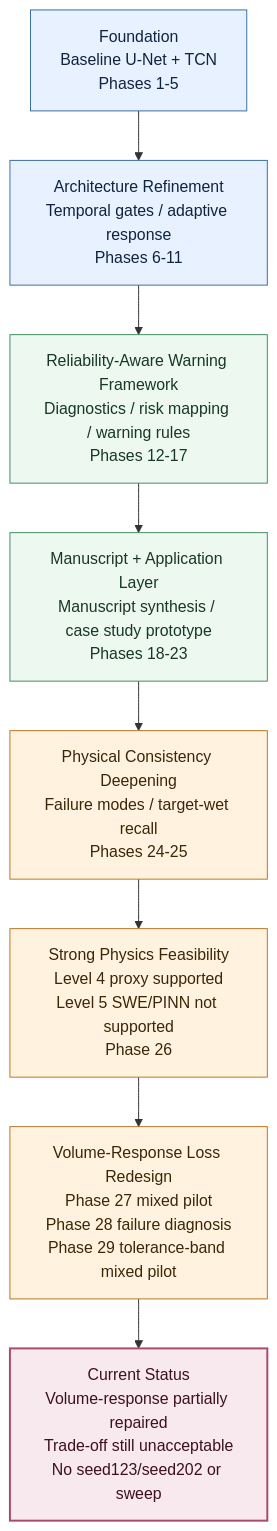
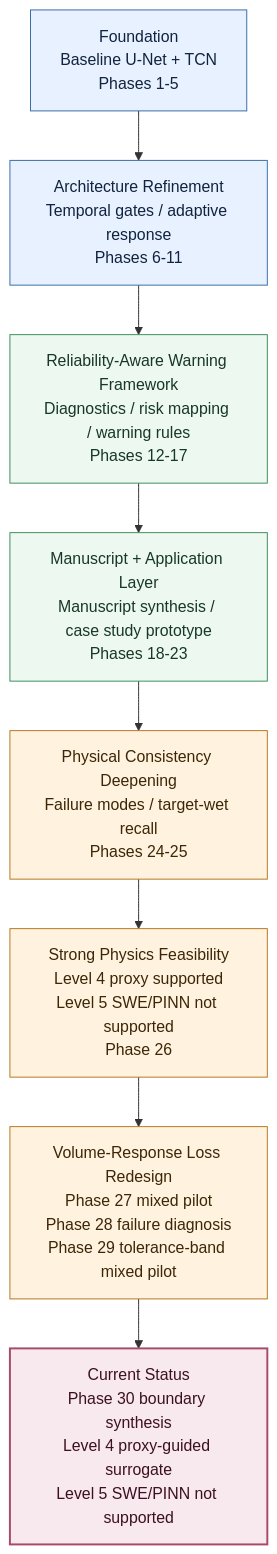
Before and after one commit to HolyLin990604/physics-guided-urban-flood-prediction: the second of 3 diagrams in README.md, drawn with Mermaid. The commit also changed other lines of this file and 2 other files, not shown here.

Commit message:
docs: sync phase30 strong physics boundary status

````diff
--- a/README.md
+++ b/README.md
@@ -28,18 +28,18 @@
 ```mermaid
 flowchart TB
     A["Foundation<br/>Baseline U-Net + TCN<br/>Phases 1-5"]:::foundation
     B["Architecture Refinement<br/>Temporal gates / adaptive response<br/>Phases 6-11"]:::foundation
     C["Reliability-Aware Warning Framework<br/>Diagnostics / risk mapping / warning rules<br/>Phases 12-17"]:::reliability
     D["Manuscript + Application Layer<br/>Manuscript synthesis / case study prototype<br/>Phases 18-23"]:::reliability
     E["Physical Consistency Deepening<br/>Failure modes / target-wet recall<br/>Phases 24-25"]:::physics
     F["Strong Physics Feasibility<br/>Level 4 proxy supported<br/>Level 5 SWE/PINN not supported<br/>Phase 26"]:::physics
     G["Volume-Response Loss Redesign<br/>Phase 27 mixed pilot<br/>Phase 28 failure diagnosis<br/>Phase 29 tolerance-band mixed pilot"]:::physics
-    H["Current Status<br/>Volume-response partially repaired<br/>Trade-off still unacceptable<br/>No seed123/seed202 or sweep"]:::current
+    H["Current Status<br/>Phase 30 boundary synthesis<br/>Level 4 proxy-guided surrogate<br/>Level 5 SWE/PINN not supported"]:::current
 
     A --> B --> C --> D --> E --> F --> G --> H
 
     classDef foundation fill:#e8f1ff,stroke:#3b6ea8,stroke-width:1px,color:#10233f
     classDef reliability fill:#edf8f1,stroke:#3f8f5f,stroke-width:1px,color:#173824
     classDef physics fill:#fff3df,stroke:#b77722,stroke-width:1px,color:#3d2608
     classDef current fill:#f7e9ee,stroke:#a84b6b,stroke-width:2px,color:#3d1021
 ```
````
